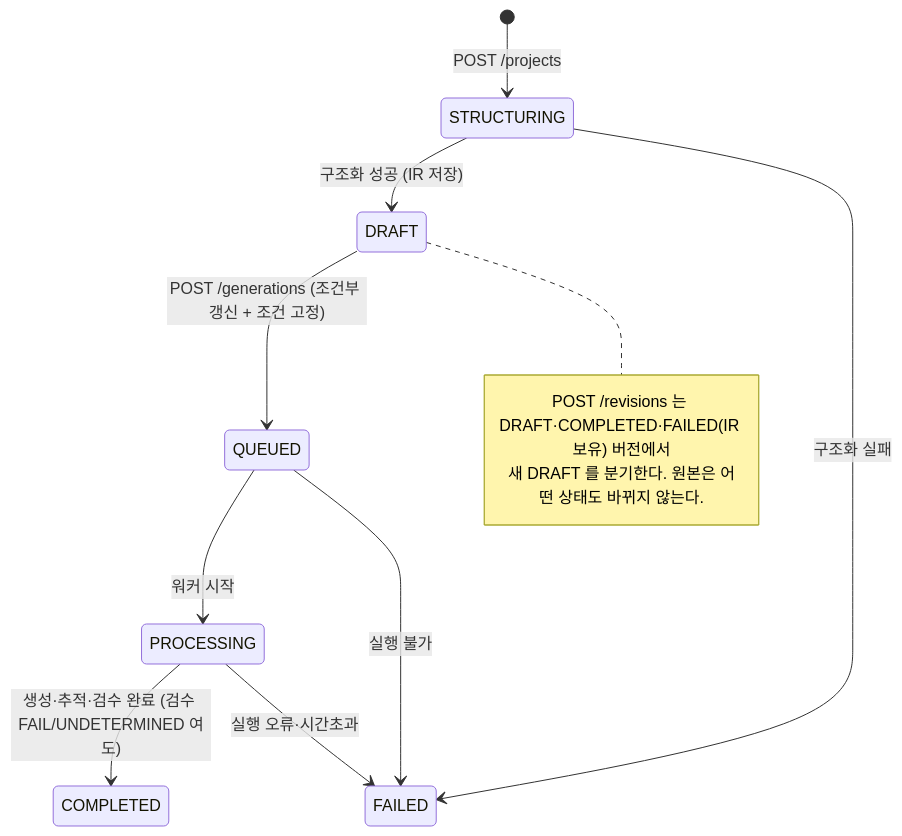
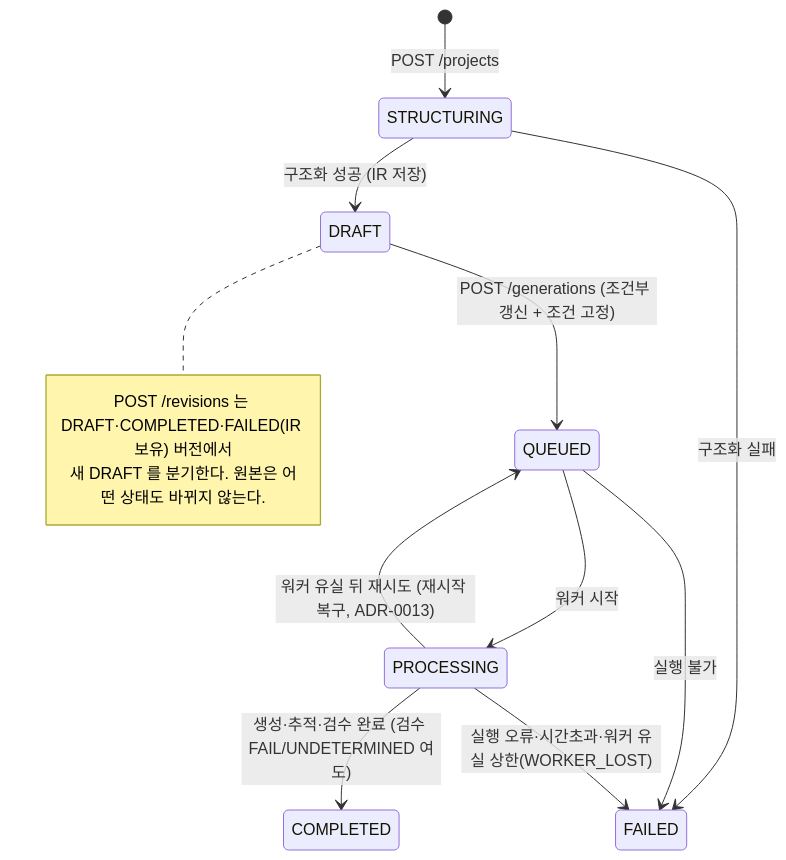
The third of 3 diagrams in docs/ARCHITECTURE.md (sw1029/project_videoManager), drawn with Mermaid before and after one commit. The commit also changed other lines of this file and 3 other files, not shown here.

First line of the commit message:
docs: ADR-0013 재시작 복구·생성 캐시 영속화·외부 작업 원장, 설정 문서 (#2, #7)

````diff
--- a/docs/ARCHITECTURE.md
+++ b/docs/ARCHITECTURE.md
@@ -136,15 +136,16 @@
 ```mermaid
 stateDiagram-v2
   [*] --> STRUCTURING : POST /projects
   STRUCTURING --> DRAFT : 구조화 성공 (IR 저장)
   STRUCTURING --> FAILED : 구조화 실패
   DRAFT --> QUEUED : POST /generations (조건부 갱신 + 조건 고정)
   QUEUED --> PROCESSING : 워커 시작
   QUEUED --> FAILED : 실행 불가
   PROCESSING --> COMPLETED : 생성·추적·검수 완료 (검수 FAIL/UNDETERMINED 여도)
-  PROCESSING --> FAILED : 실행 오류·시간초과
+  PROCESSING --> FAILED : 실행 오류·시간초과·워커 유실 상한(WORKER_LOST)
+  PROCESSING --> QUEUED : 워커 유실 뒤 재시도 (재시작 복구, ADR-0013)
   note right of DRAFT
     POST /revisions 는 DRAFT·COMPLETED·FAILED(IR 보유) 버전에서
     새 DRAFT 를 분기한다. 원본은 어떤 상태도 바뀌지 않는다.
   end note
 ```
````
